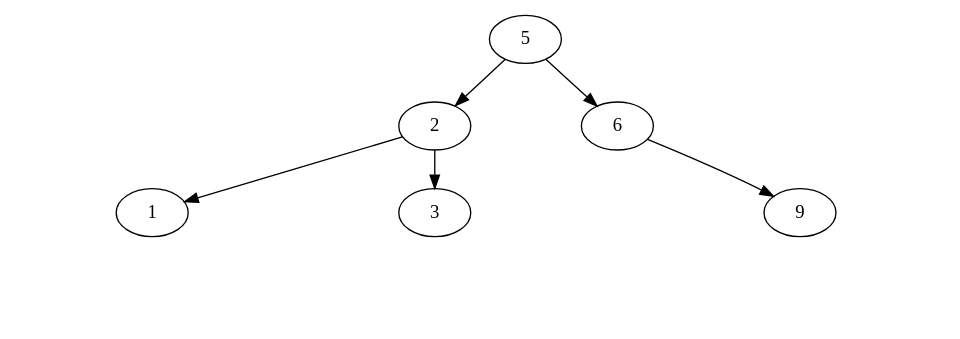
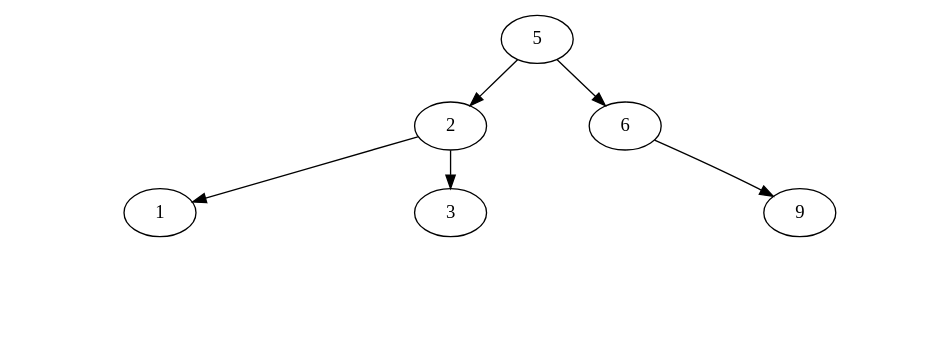
Before and after one commit to Serch-ING/EDD_UDRAWING_202000119: the diagram in FASE 2/Grafico/3000_ArbolImagenes.dot, drawn with Graphviz. The commit also changed 44 other files, not shown here.

```diff
--- a/FASE 2/Grafico/3000_ArbolImagenes.dot
+++ b/FASE 2/Grafico/3000_ArbolImagenes.dot
@@ -1,23 +1,23 @@
 digraph G {
 nodesep=0; 
 ranksep=0.4;
 5-> 2
 2-> 1
-Invisible141392879[style=invis];
-1-> Invisible141392879[arrowsize=0 style= invisible] 
-Invisible141392879[style=invis];
-1-> Invisible141392879[arrowsize=0 style= invisible] 
+Invisible1833746068[style=invis];
+1-> Invisible1833746068[arrowsize=0 style= invisible] 
+Invisible1833746068[style=invis];
+1-> Invisible1833746068[arrowsize=0 style= invisible] 
 2-> 3
-Invisible1623196801[style=invis];
-3-> Invisible1623196801[arrowsize=0 style= invisible] 
-Invisible1623196801[style=invis];
-3-> Invisible1623196801[arrowsize=0 style= invisible] 
+Invisible2126647345[style=invis];
+3-> Invisible2126647345[arrowsize=0 style= invisible] 
+Invisible2126647345[style=invis];
+3-> Invisible2126647345[arrowsize=0 style= invisible] 
 5-> 6
-Invisible1034000709[style=invis];
-6-> Invisible1034000709[arrowsize=0 style= invisible] 
+Invisible522816860[style=invis];
+6-> Invisible522816860[arrowsize=0 style= invisible] 
 6-> 9
-Invisible2096839685[style=invis];
-9-> Invisible2096839685[arrowsize=0 style= invisible] 
-Invisible2096839685[style=invis];
-9-> Invisible2096839685[arrowsize=0 style= invisible] 
+Invisible461780639[style=invis];
+9-> Invisible461780639[arrowsize=0 style= invisible] 
+Invisible461780639[style=invis];
+9-> Invisible461780639[arrowsize=0 style= invisible] 
 }
```
